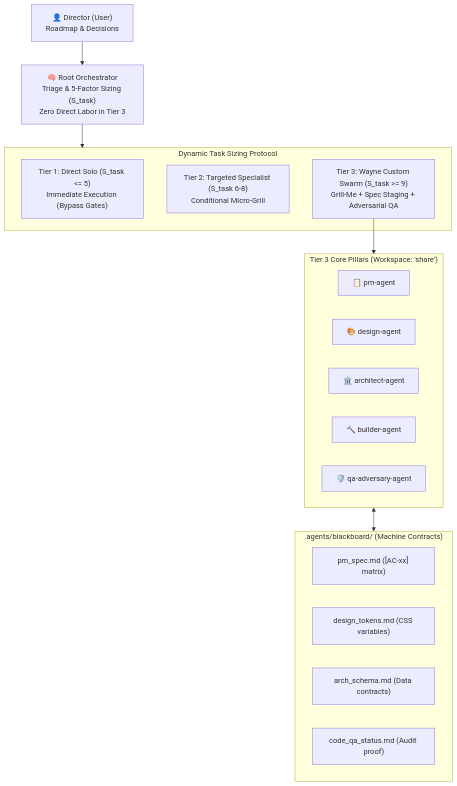
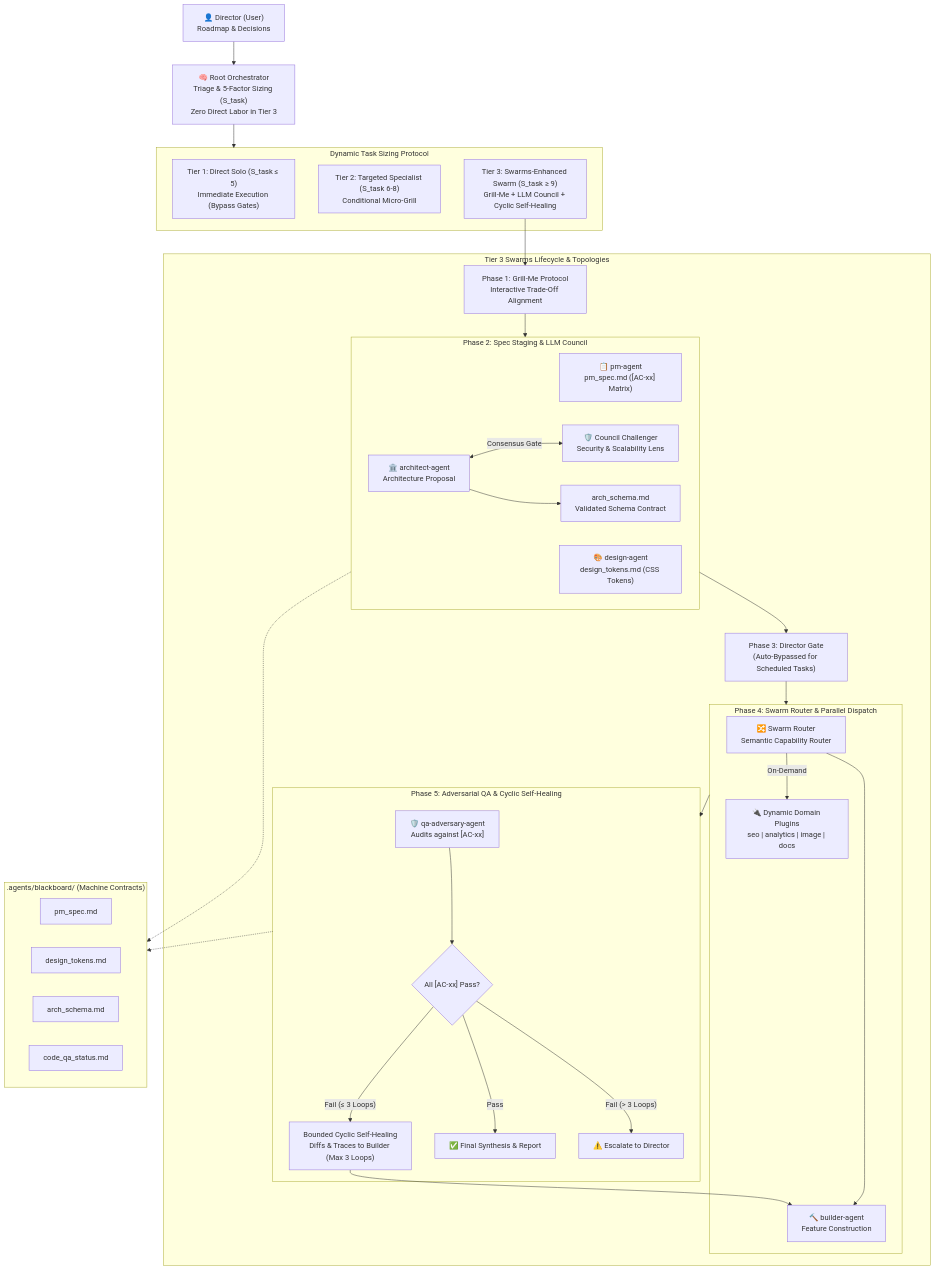
The diagram in README.md (Way-Neh/Wayne-Custom-Orchestra), drawn with Mermaid before and after one commit. The commit also changed other lines of this file and 3 other files, not shown here.

Commit message:
feat: incorporate Swarms framework topologies and codify agent skill boundaries

````diff
--- a/README.md
+++ b/README.md
@@ -11,29 +17,60 @@
 ```mermaid
 flowchart TD
-    Director["👤 Director (User)\nRoadmap & Decisions"] 
-    --> Orch["🧠 Root Orchestrator\nTriage & 5-Factor Sizing (S_task)\nZero Direct Labor in Tier 3"]
+    Director["👤 Director (User)<br/>Roadmap & Decisions"] 
+    --> Orch["🧠 Root Orchestrator<br/>Triage & 5-Factor Sizing (S_task)<br/>Zero Direct Labor in Tier 3"]
 
     subgraph Sizing ["Dynamic Task Sizing Protocol"]
-        Tier1["Tier 1: Direct Solo (S_task <= 5)\nImmediate Execution (Bypass Gates)"]
-        Tier2["Tier 2: Targeted Specialist (S_task 6-8)\nConditional Micro-Grill"]
-        Tier3["Tier 3: Wayne Custom Swarm (S_task >= 9)\nGrill-Me + Spec Staging + Adversarial QA"]
+        Tier1["Tier 1: Direct Solo (S_task &le; 5)<br/>Immediate Execution (Bypass Gates)"]
+        Tier2["Tier 2: Targeted Specialist (S_task 6-8)<br/>Conditional Micro-Grill"]
+        Tier3["Tier 3: Swarms-Enhanced Swarm (S_task &ge; 9)<br/>Grill-Me + LLM Council + Cyclic Self-Healing"]
     end
     Orch --> Sizing
 
-    subgraph SwarmExecution ["Tier 3 Core Pillars (Workspace: 'share')"]
-        PM["📋 pm-agent"]
-        Design["🎨 design-agent"]
-        Architect["🏛️ architect-agent"]
-        Builder["🔨 builder-agent"]
-        QA["🛡️ qa-adversary-agent"]
+    subgraph Lifecycle ["Tier 3 Swarms Lifecycle & Topologies"]
+        P1["Phase 1: Grill-Me Protocol<br/>Interactive Trade-Off Alignment"]
+        
+        subgraph Council ["Phase 2: Spec Staging & LLM Council"]
+            PM_Spec["📋 pm-agent<br/>pm_spec.md ([AC-xx] Matrix)"]
+            Design_Spec["🎨 design-agent<br/>design_tokens.md (CSS Tokens)"]
+            Arch_Prop["🏛️ architect-agent<br/>Architecture Proposal"]
+            Challenger["🛡️ Council Challenger<br/>Security & Scalability Lens"]
+            Arch_Prop <-->|"Consensus Gate"| Challenger
+            Arch_Prop --> Arch_Spec["arch_schema.md<br/>Validated Schema Contract"]
+        end
+        
+        P3["Phase 3: Director Gate<br/>(Auto-Bypassed for Scheduled Tasks)"]
+        
+        subgraph Execution ["Phase 4: Swarm Router & Parallel Dispatch"]
+            Router["🔀 Swarm Router<br/>Semantic Capability Router"]
+            Builder["🔨 builder-agent<br/>Feature Construction"]
+            Plugins["🔌 Dynamic Domain Plugins<br/>seo | analytics | image | docs"]
+            Router --> Builder
+            Router -->|"On-Demand"| Plugins
+        end
+        
+        subgraph Verification ["Phase 5: Adversarial QA & Cyclic Self-Healing"]
+            QA["🛡️ qa-adversary-agent<br/>Audits against [AC-xx]"]
+            Heal{"All [AC-xx] Pass?"}
+            Loop["Bounded Cyclic Self-Healing<br/>Diffs & Traces to Builder (Max 3 Loops)"]
+            QA --> Heal
+            Heal -- "Fail (&le; 3 Loops)" --> Loop --> Builder
+            Heal -- "Pass" --> Synthesis["✅ Final Synthesis & Report"]
+            Heal -- "Fail (> 3 Loops)" --> Escalate["⚠️ Escalate to Director"]
+        end
     end
-    Tier3 --> SwarmExecution
+
+    Tier3 --> P1
+    P1 --> Council
+    Council --> P3
+    P3 --> Execution
+    Execution --> Verification
 
     subgraph Blackboard [".agents/blackboard/ (Machine Contracts)"]
-        BB_PM["pm_spec.md ([AC-xx] matrix)"]
-        BB_Design["design_tokens.md (CSS variables)"]
-        BB_Arch["arch_schema.md (Data contracts)"]
-        BB_QA["code_qa_status.md (Audit proof)"]
+        BB_PM["pm_spec.md"]
+        BB_Design["design_tokens.md"]
+        BB_Arch["arch_schema.md"]
+        BB_QA["code_qa_status.md"]
     end
-    SwarmExecution <--> Blackboard
+    Council -.-> Blackboard
+    Verification -.-> Blackboard
 ```
````
